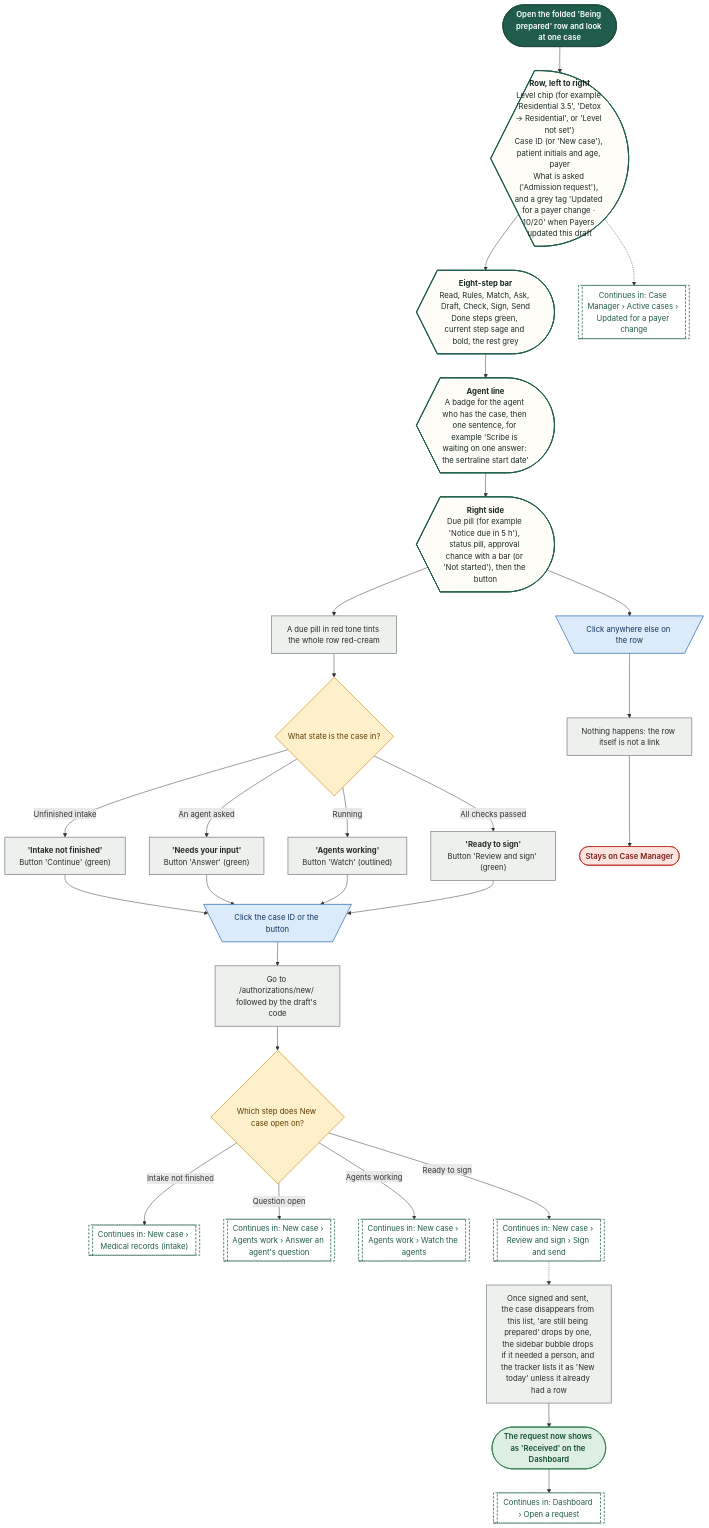
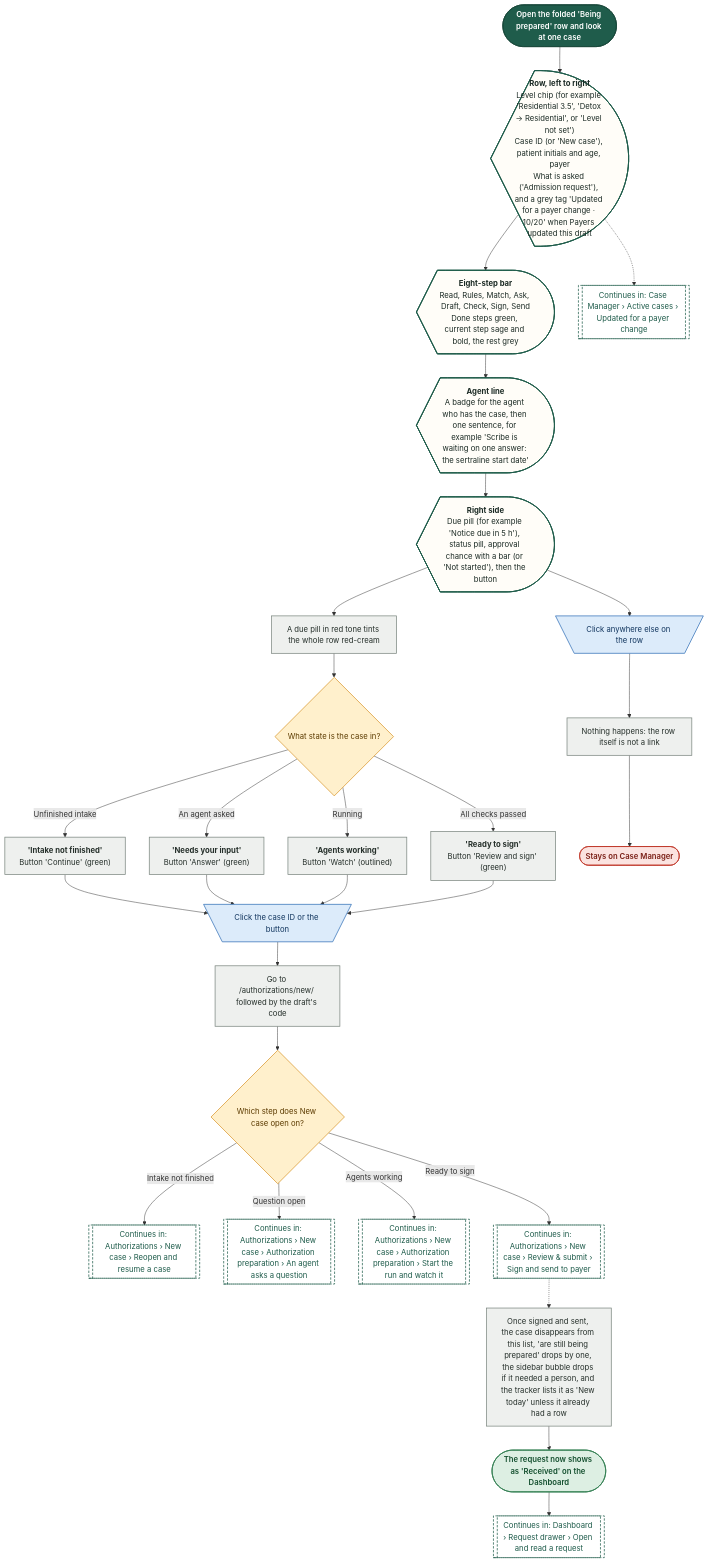
The fourth of 24 diagrams in demos/prior-auth-demo/workflows/out/md/07-case-manager.md (Shrav143/psyfloapp), drawn with Mermaid before and after one commit. The commit also changed other lines of this file and 251 other files, not shown here.

First line of the commit message:
docs: rebuild the workflow diagrams (291) for round 4

````diff
--- a/demos/prior-auth-demo/workflows/out/md/07-case-manager.md
+++ b/demos/prior-auth-demo/workflows/out/md/07-case-manager.md
@@ -264,67 +264,67 @@
 ```mermaid
 %%{init: {"theme":"base","themeVariables":{"fontFamily":"'DM Sans', 'Segoe UI', system-ui, sans-serif","fontSize":"15px","lineColor":"#5B6B63","primaryTextColor":"#1C2B25","clusterBkg":"#FBF8F3","clusterBorder":"#D9CDBB","edgeLabelBackground":"#FFFFFF"},"flowchart":{"curve":"basis","nodeSpacing":36,"rankSpacing":48,"padding":12,"htmlLabels":true,"useMaxWidth":false,"wrappingWidth":230}} }%%
 flowchart TD
   classDef k_start fill:#1F5C4B,stroke:#174638,color:#FFFFFF,stroke-width:1.5px,font-weight:600
   classDef k_end fill:#DDEFE3,stroke:#2E7D4F,color:#14502F,stroke-width:1.5px,font-weight:600
   classDef k_endx fill:#FBE3E0,stroke:#C0392B,color:#7A1F16,stroke-width:1.5px,font-weight:600
   classDef k_screen fill:#FFFDF8,stroke:#1F5C4B,color:#1C2B25,stroke-width:2px
   classDef k_overlay fill:#F1F7F3,stroke:#1F5C4B,color:#1C2B25,stroke-width:2px,stroke-dasharray:5 3
   classDef k_click fill:#DCEBFA,stroke:#2F6DB5,color:#12365F,stroke-width:1.5px
   classDef k_input fill:#E4E7FF,stroke:#4C5FD5,color:#1D2670,stroke-width:1.5px
   classDef k_process fill:#EEF0EE,stroke:#7A857F,color:#26302B,stroke-width:1.5px
   classDef k_agent fill:#EEE5FA,stroke:#7A4FC2,color:#341A63,stroke-width:1.5px
   classDef k_decision fill:#FFF0CC,stroke:#D9962B,color:#5C3B00,stroke-width:1.5px
   classDef k_store fill:#D5F0EA,stroke:#1C8E7B,color:#0B4A3F,stroke-width:1.5px
   classDef k_doc fill:#F6E9DC,stroke:#B07A4C,color:#4A2E14,stroke-width:1.5px
   classDef k_ext fill:#FFE6D2,stroke:#E07B39,color:#6B2F06,stroke-width:1.5px
   classDef k_wait fill:#E4E8EE,stroke:#6B7C93,color:#26303D,stroke-width:1.5px
   classDef k_toast fill:#FFF9DB,stroke:#C9A400,color:#5A4A00,stroke-width:1.5px
   classDef k_goto fill:#FFFFFF,stroke:#1F5C4B,color:#1F5C4B,stroke-width:1.5px,stroke-dasharray:5 3
   s1@{ shape: stadium, label: "Open the folded 'Being prepared' row and look at one case" }
   r1@{ shape: curv-trap, label: "<b>Row, left to right</b><br/>Level chip (for example 'Residential 3.5', 'Detox → Residential', or 'Level not set')<br/>Case ID (or 'New case'), patient initials and age, payer<br/>What is asked ('Admission request'), and a grey tag 'Updated for a payer change · 10/20' when Payers updated this draft" }
   r2@{ shape: curv-trap, label: "<b>Eight-step bar</b><br/>Read, Rules, Match, Ask, Draft, Check, Sign, Send<br/>Done steps green, current step sage and bold, the rest grey" }
   r3@{ shape: curv-trap, label: "<b>Agent line</b><br/>A badge for the agent who has the case, then one sentence, for example 'Scribe is waiting on one answer: the sertraline start date'" }
   r4@{ shape: curv-trap, label: "<b>Right side</b><br/>Due pill (for example 'Notice due in 5 h'), status pill, approval chance with a bar (or 'Not started'), then the button" }
   p0@{ shape: rect, label: "A due pill in red tone tints the whole row red-cream" }
   d1@{ shape: diam, label: "What state is the case in?" }
   t1@{ shape: rect, label: "<b>'Intake not finished'</b><br/>Button 'Continue' (green)" }
   t2@{ shape: rect, label: "<b>'Needs your input'</b><br/>Button 'Answer' (green)" }
   t3@{ shape: rect, label: "<b>'Agents working'</b><br/>Button 'Watch' (outlined)" }
   t4@{ shape: rect, label: "<b>'Ready to sign'</b><br/>Button 'Review and sign' (green)" }
   c1@{ shape: trap-t, label: "Click the case ID or the button" }
   p1@{ shape: rect, label: "Go to /authorizations/new/ followed by the draft's code" }
   d2@{ shape: diam, label: "Which step does New case open on?" }
-  g1@{ shape: subproc, label: "Continues in: New case › Medical records (intake)" }
-  g2@{ shape: subproc, label: "Continues in: New case › Agents work › Answer an agent's question" }
-  g3@{ shape: subproc, label: "Continues in: New case › Agents work › Watch the agents" }
-  g4@{ shape: subproc, label: "Continues in: New case › Review and sign › Sign and send" }
+  g1@{ shape: subproc, label: "Continues in: Authorizations › New case › Reopen and resume a case" }
+  g2@{ shape: subproc, label: "Continues in: Authorizations › New case › Authorization preparation › An agent asks a question" }
+  g3@{ shape: subproc, label: "Continues in: Authorizations › New case › Authorization preparation › Start the run and watch it" }
+  g4@{ shape: subproc, label: "Continues in: Authorizations › New case › Review & submit › Sign and send to payer" }
   c2@{ shape: trap-t, label: "Click anywhere else on the row" }
   p2@{ shape: rect, label: "Nothing happens: the row itself is not a link" }
   e1@{ shape: stadium, label: "Stays on Case Manager" }
   p3@{ shape: rect, label: "Once signed and sent, the case disappears from this list, 'are still being prepared' drops by one, the sidebar bubble drops if it needed a person, and the tracker lists it as 'New today' unless it already had a row" }
   e2@{ shape: stadium, label: "The request now shows as 'Received' on the Dashboard" }
-  g5@{ shape: subproc, label: "Continues in: Dashboard › Open a request" }
+  g5@{ shape: subproc, label: "Continues in: Dashboard › Request drawer › Open and read a request" }
   g6@{ shape: subproc, label: "Continues in: Case Manager › Active cases › Updated for a payer change" }
   s1 --> r1 --> r2 --> r3 --> r4 --> p0 --> d1
   d1 -->|"Unfinished intake"| t1
   d1 -->|"An agent asked"| t2
   d1 -->|"Running"| t3
   d1 -->|"All checks passed"| t4
   t1 & t2 & t3 & t4 --> c1 --> p1 --> d2
   d2 -->|"Intake not finished"| g1
   d2 -->|"Question open"| g2
   d2 -->|"Agents working"| g3
   d2 -->|"Ready to sign"| g4
   g4 -.-> p3
   r4 --> c2 --> p2 --> e1
   r1 -.-> g6
   p3 --> e2 --> g5
   class s1 k_start
   class r1,r2,r3,r4 k_screen
   class p0,t1,t2,t3,t4,p1,p2,p3 k_process
   class d1,d2 k_decision
   class c1,c2 k_click
   class g1,g2,g3,g4,g5,g6 k_goto
   class e1 k_endx
   class e2 k_end
 ```
````
